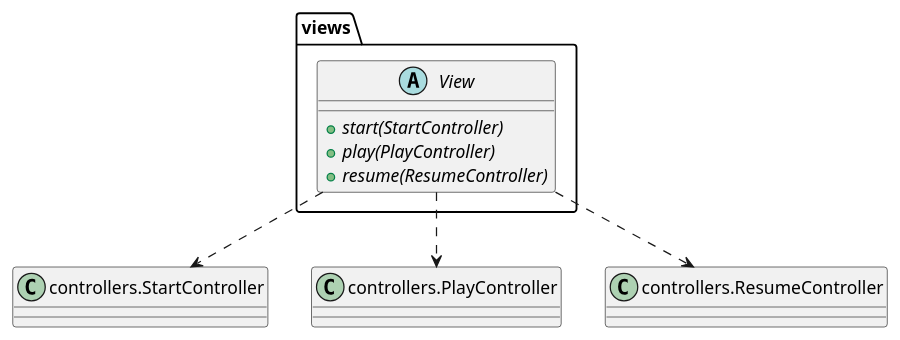
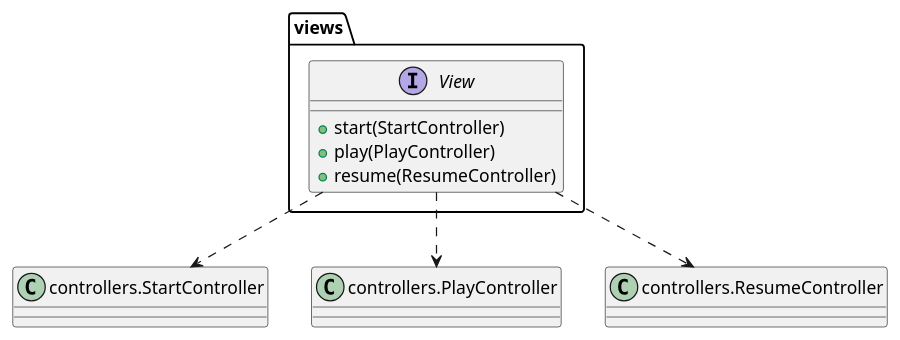
The diagram in connect4/Docs/diagrams/src/packages/connect4.connect4.views.plantuml (js-rom/connect4), drawn with PlantUML before and after one commit. The commit also changed 7 other files, not shown here.

```diff
--- a/connect4/Docs/diagrams/src/packages/connect4.connect4.views.plantuml
+++ b/connect4/Docs/diagrams/src/packages/connect4.connect4.views.plantuml
@@ -1,18 +1,18 @@
 @startuml connect4.connect4.views
 
 
-abstract class views.View
+interface views.View
 class StartController as "controllers.StartController"
 class PlayController as "controllers.PlayController"
 class ResumeController as "controllers.ResumeController"
 
-View : {abstract} +start(StartController)
-View : {abstract} +play(PlayController)
-View : {abstract} +resume(ResumeController)
+View : +start(StartController)
+View : +play(PlayController)
+View : +resume(ResumeController)
 
 View ..> StartController
 View ..> PlayController
 View ..> ResumeController
 
 
 @enduml
```
